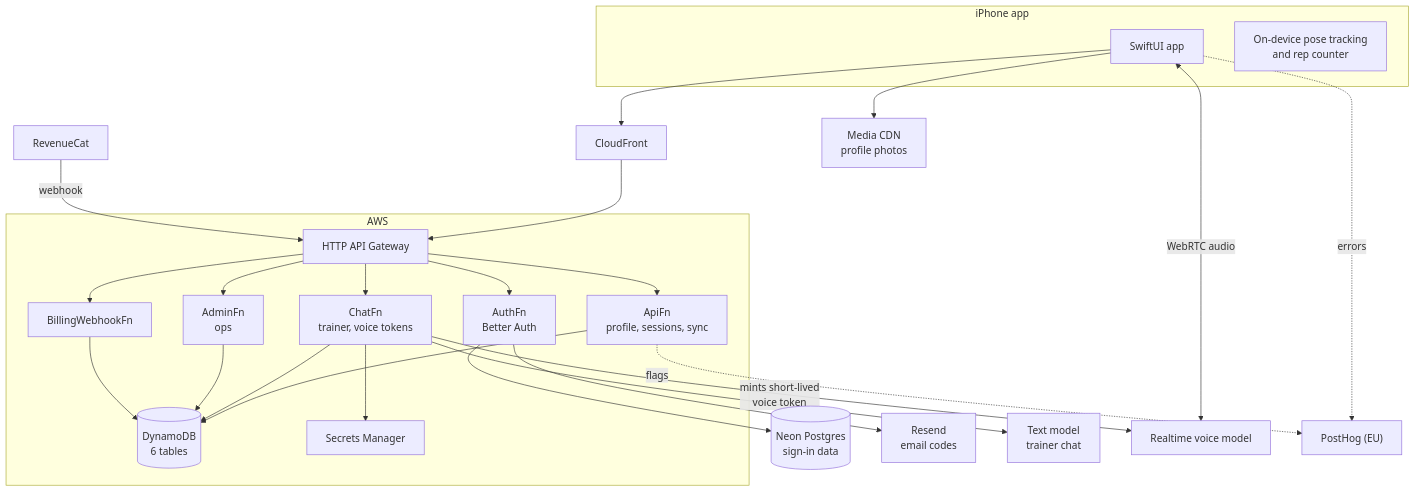
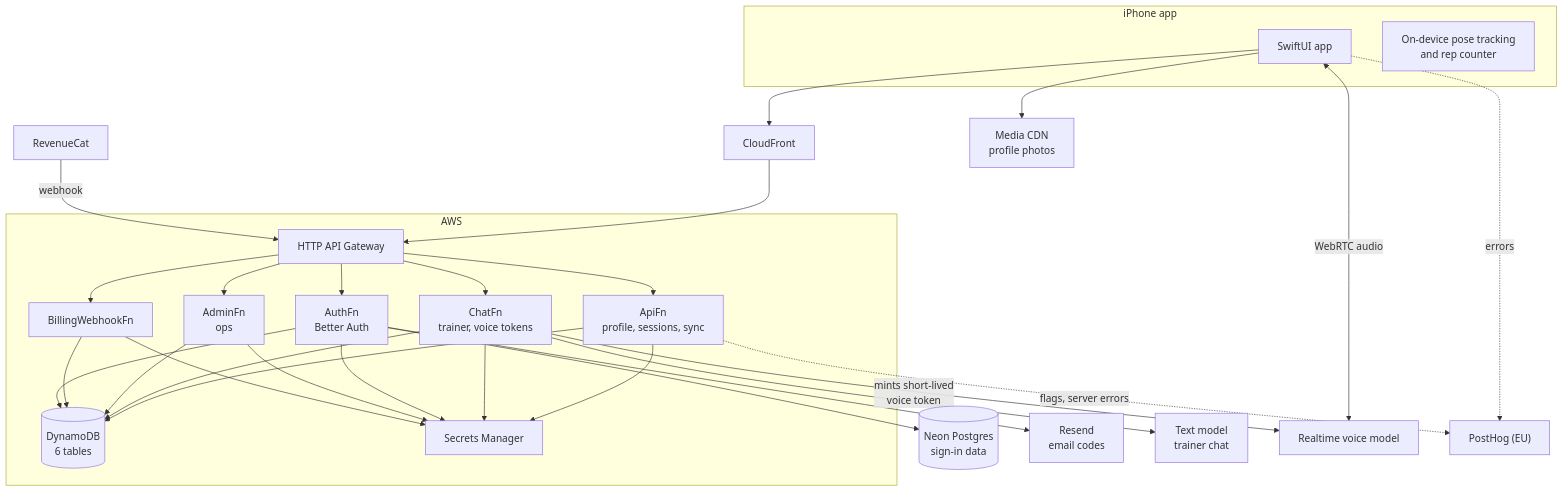
One commit to ashishkharche/ashishkharche.com changed the diagram in content/diagrams/02-system-overview.mmd. Above: the diagram before and after it, drawn with Mermaid. The commit also changed 5 other files, not shown here.

First line of the commit message:
Correct Workout Director notes and diagrams against WD b430bfc6

```diff
--- a/content/diagrams/02-system-overview.mmd
+++ b/content/diagrams/02-system-overview.mmd
@@ -1,29 +1,34 @@
 flowchart TB
   subgraph Phone["iPhone app"]
     APP["SwiftUI app"]
     POSE["On-device pose tracking<br/>and rep counter"]
   end
   APP --> CF["CloudFront"]
   CF --> GW["HTTP API Gateway"]
   subgraph AWS["AWS"]
     GW --> API["ApiFn<br/>profile, sessions, sync"]
     GW --> CHAT["ChatFn<br/>trainer, voice tokens"]
     GW --> AUTH["AuthFn<br/>Better Auth"]
     GW --> ADMIN["AdminFn<br/>ops"]
     GW --> BILL["BillingWebhookFn"]
     API --> DDB[("DynamoDB<br/>6 tables")]
     CHAT --> DDB
     ADMIN --> DDB
     BILL --> DDB
     SM["Secrets Manager"]
+    API --> SM
     CHAT --> SM
+    AUTH --> SM
+    ADMIN --> SM
+    BILL --> SM
+    AUTH --> DDB
   end
   AUTH --> NEON[("Neon Postgres<br/>sign-in data")]
   AUTH --> RES["Resend<br/>email codes"]
   CHAT --> TXT["Text model<br/>trainer chat"]
   CHAT -- "mints short-lived<br/>voice token" --> OAI["Realtime voice model"]
   APP <-- "WebRTC audio" --> OAI
   RC["RevenueCat"] -- "webhook" --> GW
   APP --> MCDN["Media CDN<br/>profile photos"]
   APP -. "errors" .-> PH["PostHog (EU)"]
-  API -. "flags" .-> PH
+  API -. "flags, server errors" .-> PH
```
